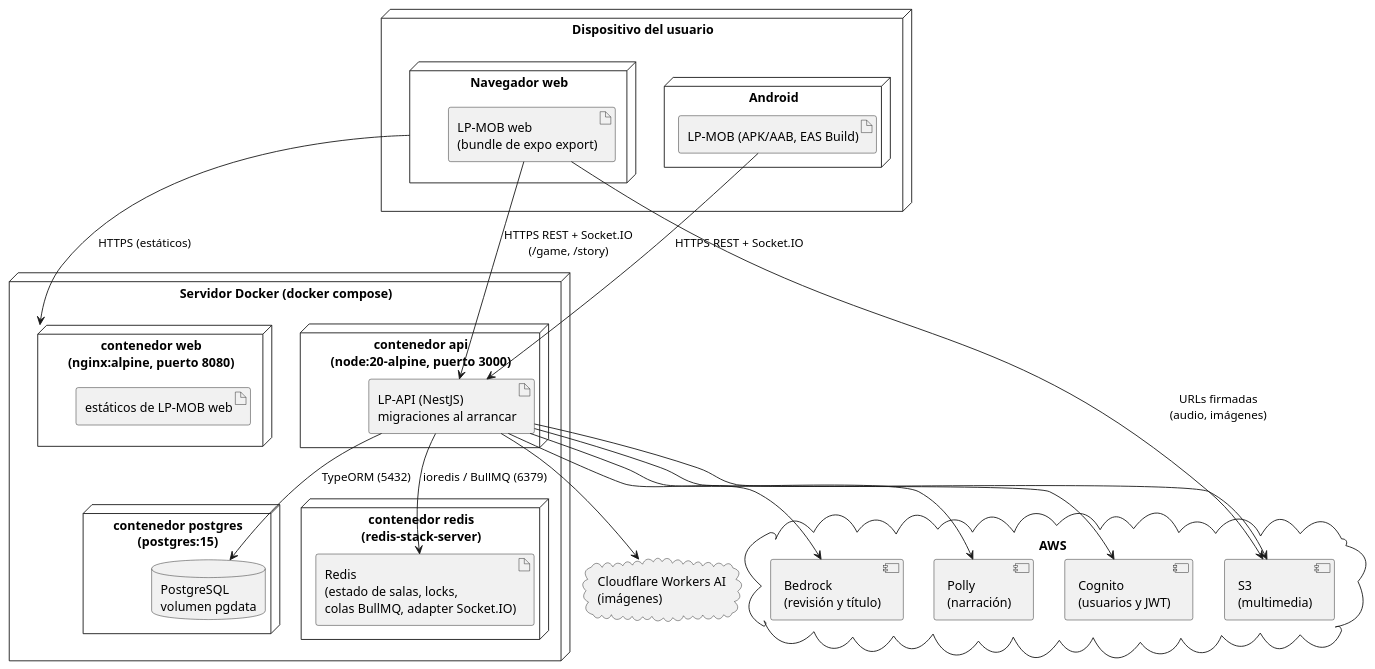
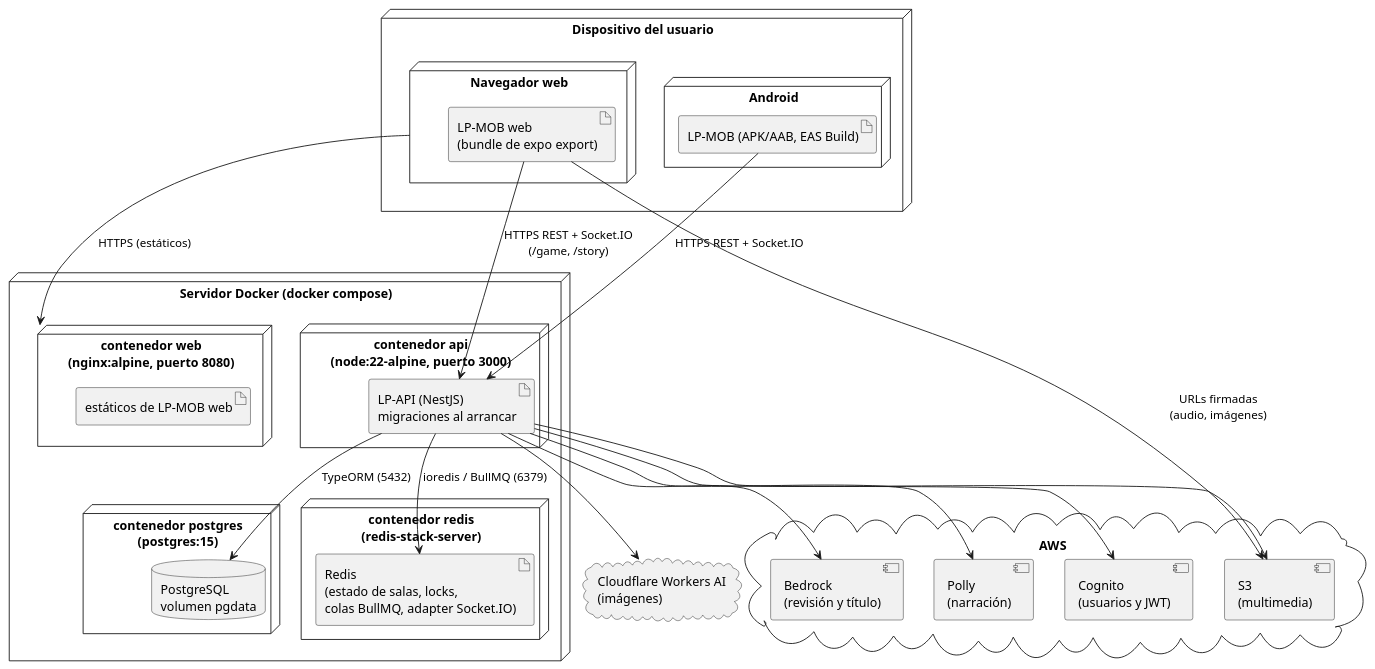
One commit to smyleface18/LinguaPlay changed the diagram in docs/diagrams/deployment-diagram.puml. Above: the diagram before and after it, drawn with PlantUML. The commit also changed 3 other files, not shown here.

```diff
--- a/docs/diagrams/deployment-diagram.puml
+++ b/docs/diagrams/deployment-diagram.puml
@@ -1,50 +1,50 @@
 @startuml
 ' Despliegue de LinguaPlay con deploy/docker-compose.prod.yml.
 ' Los servicios externos (AWS y Cloudflare) se configuran por variables de entorno.
 skinparam nodeStyle rectangle
 
 node "Dispositivo del usuario" as Device {
   node "Navegador web" as Browser {
     artifact "LP-MOB web\n(bundle de expo export)" as WebApp
   }
   node "Android" as Android {
     artifact "LP-MOB (APK/AAB, EAS Build)" as AndroidApp
   }
 }
 
 node "Servidor Docker (docker compose)" as Host {
   node "contenedor web\n(nginx:alpine, puerto 8080)" as WebNode {
     artifact "estáticos de LP-MOB web" as Static
   }
-  node "contenedor api\n(node:20-alpine, puerto 3000)" as ApiNode {
+  node "contenedor api\n(node:22-alpine, puerto 3000)" as ApiNode {
     artifact "LP-API (NestJS)\nmigraciones al arrancar" as Api
   }
   node "contenedor postgres\n(postgres:15)" as PgNode {
     database "PostgreSQL\nvolumen pgdata" as DB
   }
   node "contenedor redis\n(redis-stack-server)" as RedisNode {
     artifact "Redis\n(estado de salas, locks,\ncolas BullMQ, adapter Socket.IO)" as Redis
   }
 }
 
 cloud "AWS" {
   [Cognito\n(usuarios y JWT)] as Cognito
   [S3\n(multimedia)] as S3
   [Bedrock\n(revisión y título)] as Bedrock
   [Polly\n(narración)] as Polly
 }
 cloud "Cloudflare Workers AI\n(imágenes)" as CF
 
 Browser --> WebNode : HTTPS (estáticos)
 WebApp --> Api : HTTPS REST + Socket.IO\n(/game, /story)
 AndroidApp --> Api : HTTPS REST + Socket.IO
 Api --> DB : TypeORM (5432)
 Api --> Redis : ioredis / BullMQ (6379)
 Api --> Cognito
 Api --> S3
 Api --> Bedrock
 Api --> Polly
 Api --> CF
 WebApp --> S3 : URLs firmadas\n(audio, imágenes)
 
 @enduml
```
